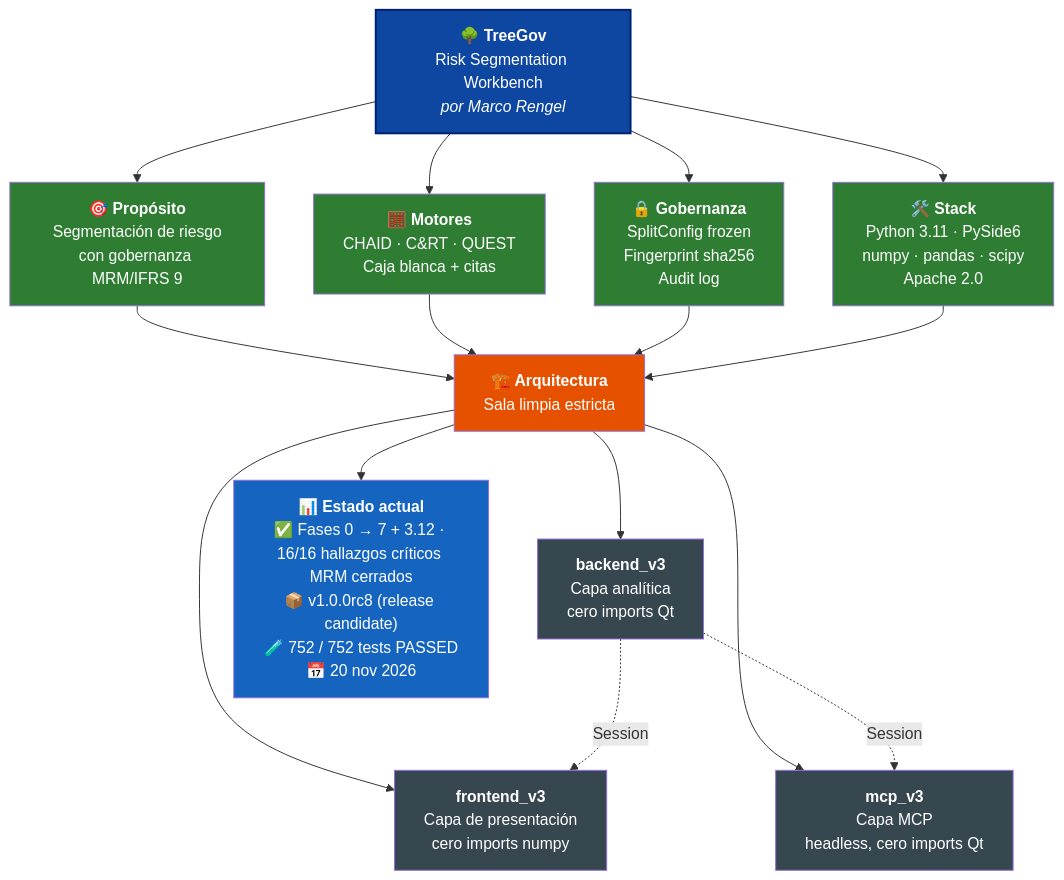
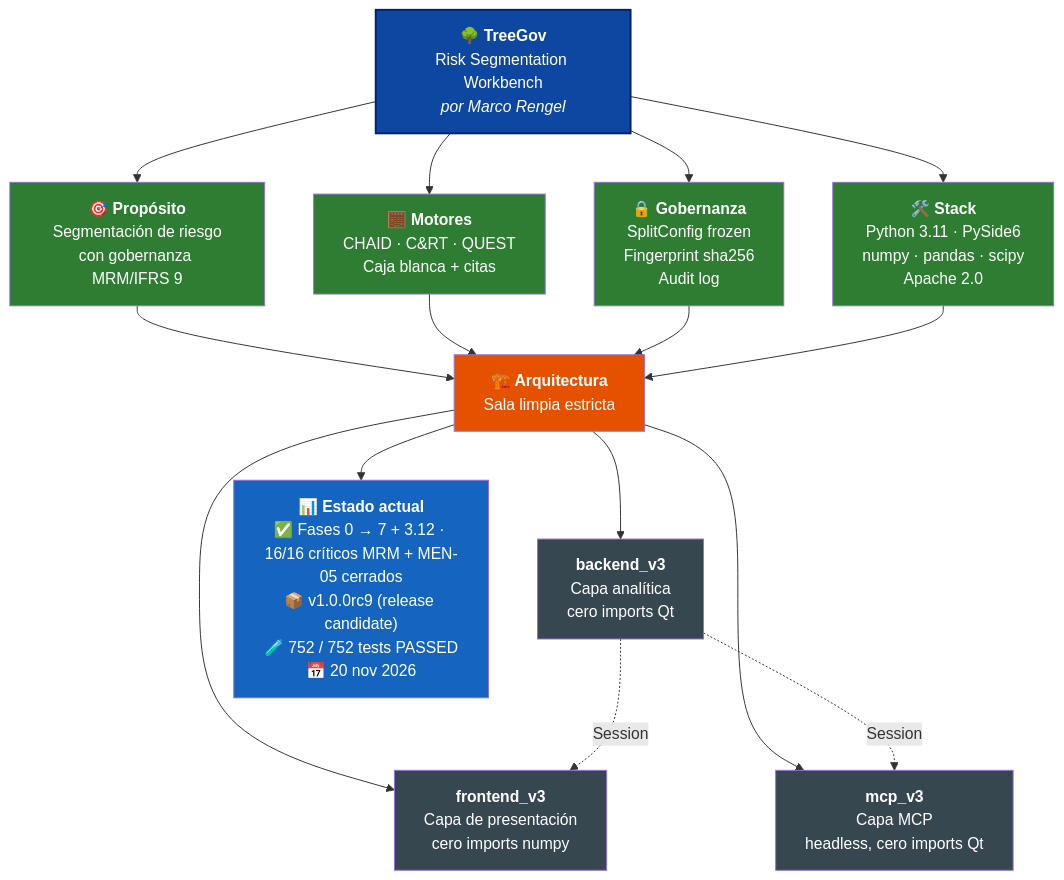
One commit to Marco-Rengel/treegov changed the diagram in README.es.md. Above: the diagram before and after it, drawn with Mermaid. The commit also changed other lines of this file and 33 other files, not shown here.

````diff
--- a/README.es.md
+++ b/README.es.md
@@ -38,34 +38,34 @@
 ```mermaid
 flowchart TB
     TG["<b>🌳 TreeGov</b><br/>Risk Segmentation Workbench<br/><i>por Marco Rengel</i>"]
 
     TG --> P["<b>🎯 Propósito</b><br/>Segmentación de riesgo<br/>con gobernanza MRM/IFRS 9"]
     TG --> M["<b>🧮 Motores</b><br/>CHAID · C&RT · QUEST<br/>Caja blanca + citas"]
     TG --> G["<b>🔒 Gobernanza</b><br/>SplitConfig frozen<br/>Fingerprint sha256<br/>Audit log"]
     TG --> S["<b>🛠️ Stack</b><br/>Python 3.11 · PySide6<br/>numpy · pandas · scipy<br/>Apache 2.0"]
 
     P --> ARQ["<b>🏗️ Arquitectura</b><br/>Sala limpia estricta"]
     M --> ARQ
     G --> ARQ
     S --> ARQ
 
     ARQ --> BE["<b>backend_v3</b><br/>Capa analítica<br/>cero imports Qt"]
     ARQ --> FE["<b>frontend_v3</b><br/>Capa de presentación<br/>cero imports numpy"]
     ARQ --> MC["<b>mcp_v3</b><br/>Capa MCP<br/>headless, cero imports Qt"]
 
     BE -.->|Session| FE
     BE -.->|Session| MC
 
-    ARQ --> ST["<b>📊 Estado actual</b><br/>✅ Fases 0 → 7 + 3.12 · 16/16 hallazgos críticos MRM cerrados<br/>📦 v1.0.0rc8 (release candidate)<br/>🧪 752 / 752 tests PASSED<br/>📅 20 nov 2026"]
+    ARQ --> ST["<b>📊 Estado actual</b><br/>✅ Fases 0 → 7 + 3.12 · 16/16 críticos MRM + MEN-05 cerrados<br/>📦 v1.0.0rc9 (release candidate)<br/>🧪 752 / 752 tests PASSED<br/>📅 20 nov 2026"]
 
     style TG fill:#0D47A1,color:#fff,stroke:#002171,stroke-width:2px
     style P fill:#2E7D32,color:#fff
     style M fill:#2E7D32,color:#fff
     style G fill:#2E7D32,color:#fff
     style S fill:#2E7D32,color:#fff
     style ARQ fill:#E65100,color:#fff
     style BE fill:#37474F,color:#fff
     style FE fill:#37474F,color:#fff
     style MC fill:#37474F,color:#fff
     style ST fill:#1565C0,color:#fff
 ```
````
